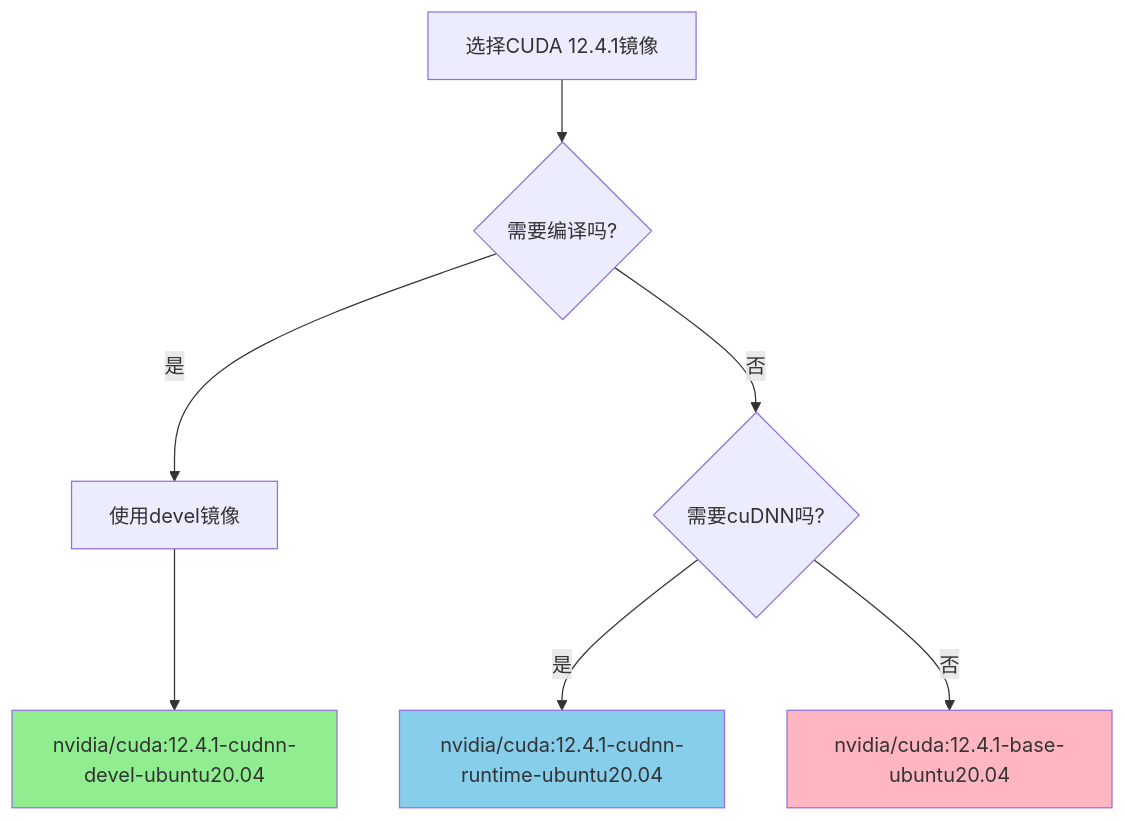
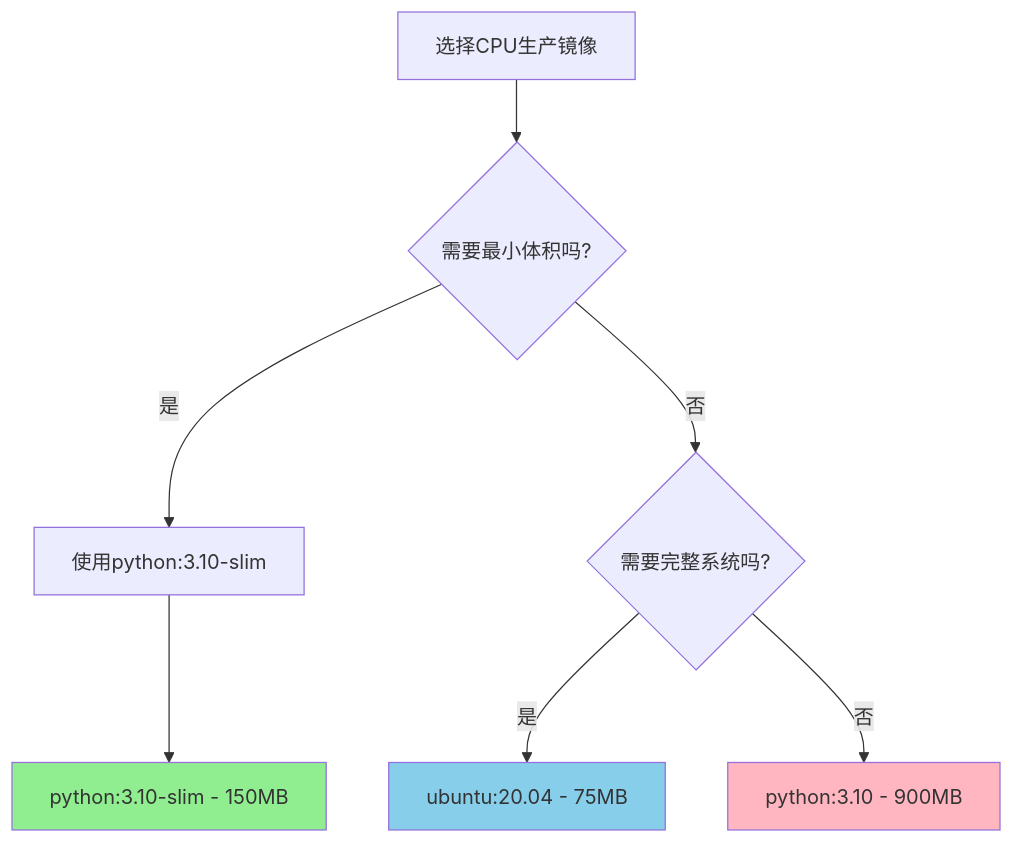
One commit to ouyangshixiong/context-engineering-zh changed the diagram in ML.md. Above: the diagram before and after it, drawn with Mermaid. The commit also changed other lines of this file and 5 other files, not shown here.

````diff
--- a/ML.md
+++ b/ML.md
@@ -236,13 +191,13 @@
 ```mermaid
 graph TD
-    A[选择CUDA 12.4.1镜像] --> B{需要编译吗?}
-    B -->|是| C[使用devel镜像]
-    B -->|否| D{需要cuDNN吗?}
-    C --> E[nvidia/cuda:12.4.1-cudnn-devel-ubuntu20.04]
-    D -->|是| F[nvidia/cuda:12.4.1-cudnn-runtime-ubuntu20.04]
-    D -->|否| G[nvidia/cuda:12.4.1-base-ubuntu20.04]
+    A[选择CPU生产镜像] --> B{需要最小体积吗?}
+    B -->|是| C[使用python:3.10-slim]
+    B -->|否| D{需要完整系统吗?}
+    C --> E[python:3.10-slim - 150MB]
+    D -->|是| F[ubuntu:20.04 - 75MB]
+    D -->|否| G[python:3.10 - 900MB]
     
     style E fill:#90EE90
     style F fill:#87CEEB
     style G fill:#FFB6C1
 ```
````
